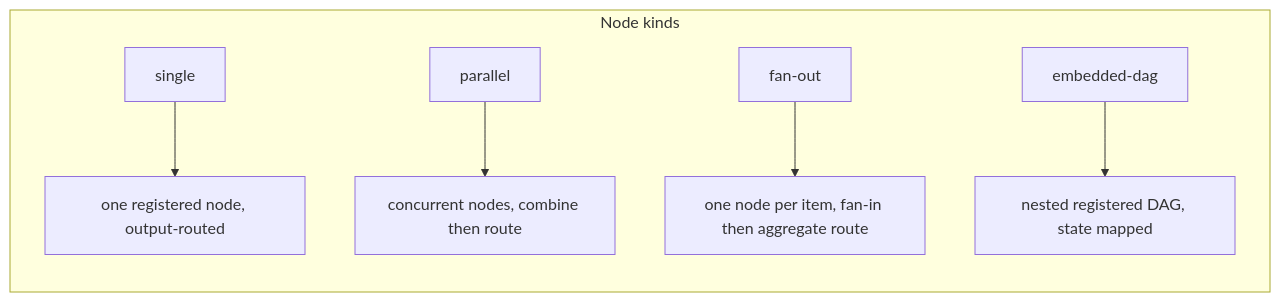
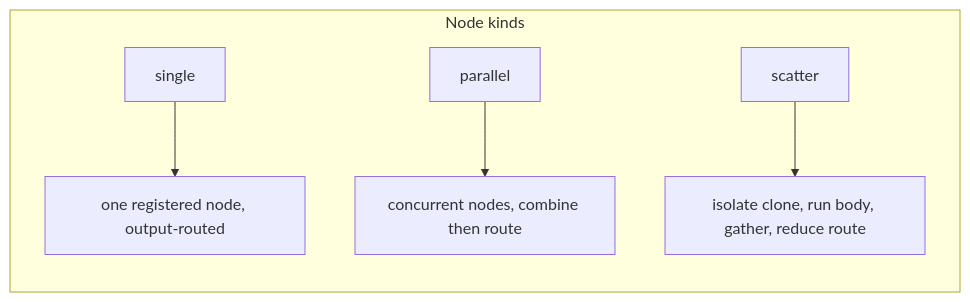
Before and after one commit to Studnicky/Dagonizer: the first of 2 diagrams in docs/architecture.md, drawn with Mermaid. The commit also changed other lines of this file and 96 other files, not shown here.

First line of the commit message:
feat!: unify fan-out and embedded-DAG into ScatterNode

````diff
--- a/docs/architecture.md
+++ b/docs/architecture.md
@@ -80,10 +80,9 @@
 ```mermaid
 flowchart TB
   subgraph kinds["Node kinds"]
     direction TB
     A[single] --> B[one registered node, output-routed]
     C[parallel] --> D[concurrent nodes, combine then route]
-    E[fan-out] --> F[one node per item, fan-in then aggregate route]
-    G[embedded-dag] --> H[nested registered DAG, state mapped]
+    E[scatter] --> F[isolate clone, run body, gather, reduce route]
   end
 ```
````
